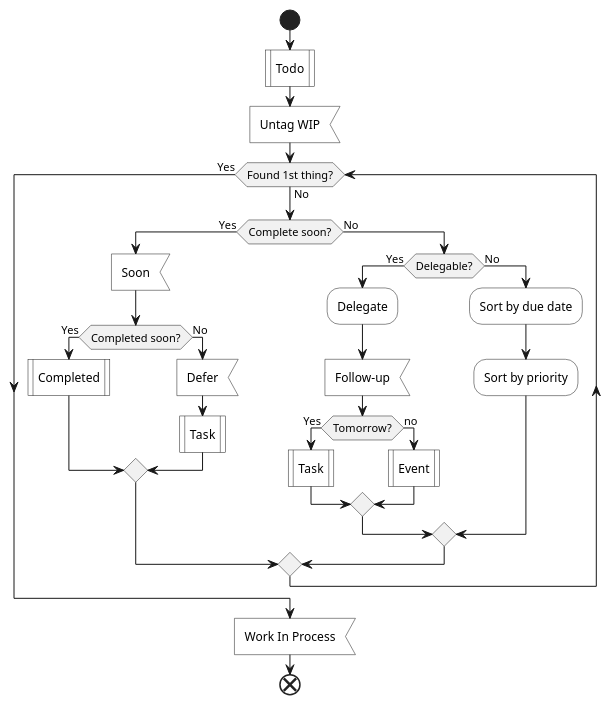
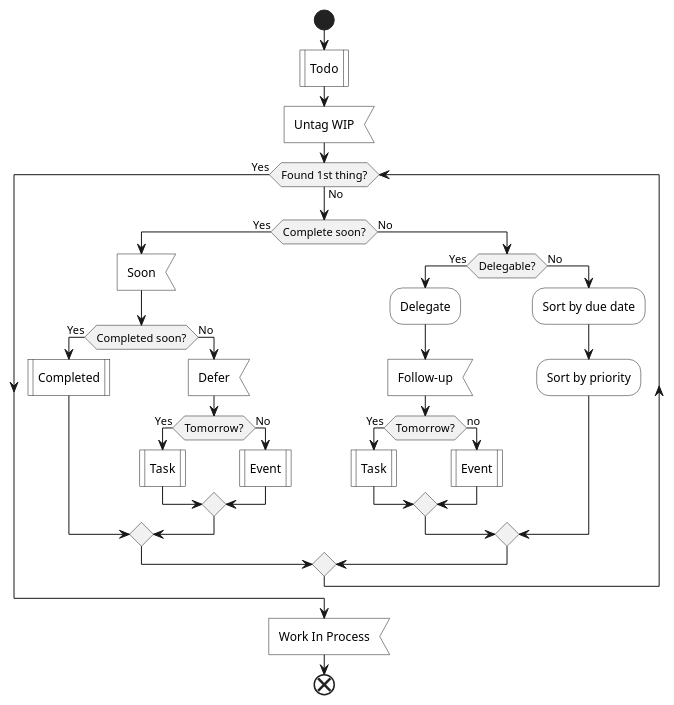
One commit to IceHe/icehe-lib changed the fourth of 6 diagrams in lifelogs/rehabilitation.md. Above: the diagram before and after it, drawn with PlantUML.

Commit message:
2020-12-21 14:59:47 Mon

````diff
--- a/lifelogs/rehabilitation.md
+++ b/lifelogs/rehabilitation.md
@@ -248,34 +248,38 @@
 ```plantuml
 @startuml
 start
 #white:Todo|
 #white:Untag WIP<
 while (Found 1st thing?) is (No)
     if (Complete soon?) then (Yes)
         #white:Soon<
         if (Completed soon?) then (Yes)
             #white:Completed|
         else (No)
             #white:Defer<
-            #white:Task|
+            if (Tomorrow?) then (Yes)
+                #white:Task|
+            else (No)
+                #white:Event|
+            endif
             '果断放弃, 不要再浪费时间进去
         endif
     else (No)
         if (Delegable?) then (Yes)
             #white:Delegate;
             #white:Follow-up<
             if (Tomorrow?) then (Yes)
                 #white:Task|
             else (no)
                 #white:Event|
             endif
         else (No)
             #white:Sort by due date;
             #white:Sort by priority;
         endif
     endif
 endwhile (Yes)
 #white:Work In Process<
 end
 @enduml
 ```
````
